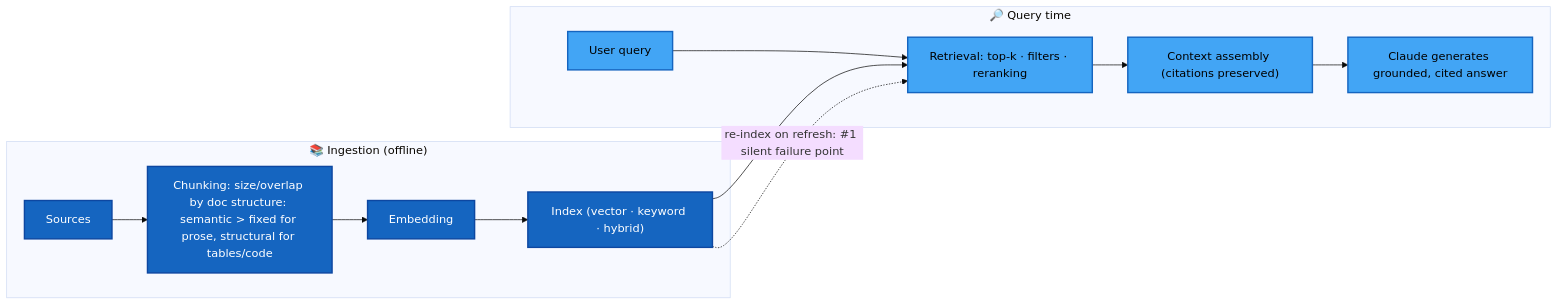
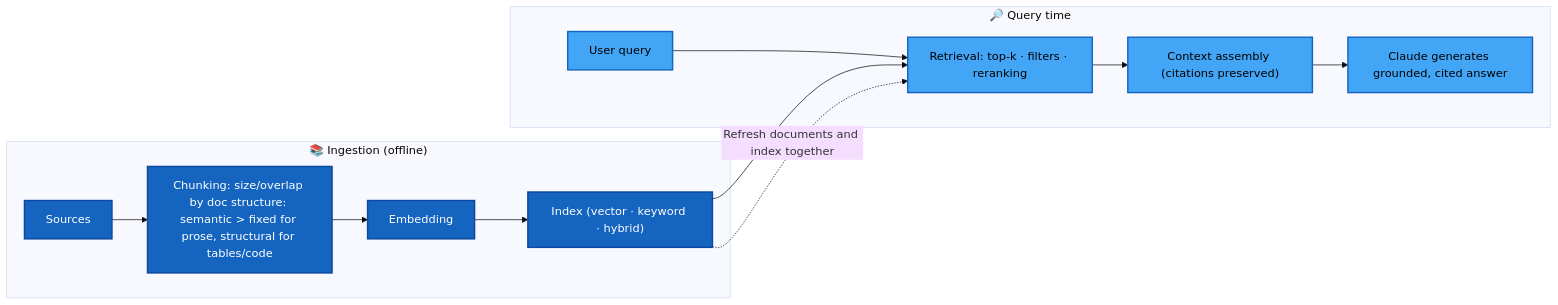
One commit to parmar-m/claude-architect-certification-prep changed the first of 5 diagrams in CCA-P/domains/d3-integration.md. Above: the diagram before and after it, drawn with Mermaid (base theme). The commit also changed other lines of this file and 6 other files, not shown here.

````diff
--- a/CCA-P/domains/d3-integration.md
+++ b/CCA-P/domains/d3-integration.md
@@ -12,20 +14,20 @@
 ```mermaid
 flowchart LR
     subgraph ING["📚 Ingestion (offline)"]
         SRC["Sources"] --> CH["Chunking: size/overlap by doc structure: semantic > fixed for prose, structural for tables/code"]
         CH --> EMB["Embedding"]
         EMB --> IX["Index (vector · keyword · hybrid)"]
     end
     subgraph QRY["🔎 Query time"]
         Q["User query"] --> RET["Retrieval: top-k · filters · reranking"]
         IX --> RET
         RET --> CTX["Context assembly (citations preserved)"]
         CTX --> LLM["Claude generates grounded, cited answer"]
     end
-    IX -. "re-index on refresh: #1 silent failure point" .-> RET
+    IX -. "Refresh documents and index together" .-> RET
     classDef ing fill:#1565C0,color:#fff,stroke:#0D47A1,stroke-width:2px
     classDef qry fill:#42A5F5,color:#000,stroke:#1565C0,stroke-width:2px
     classDef n fill:#455A64,color:#fff,stroke:#263238,stroke-width:2px
     class SRC,CH,EMB,IX ing
     class Q,RET,CTX,LLM qry
 ```
````
